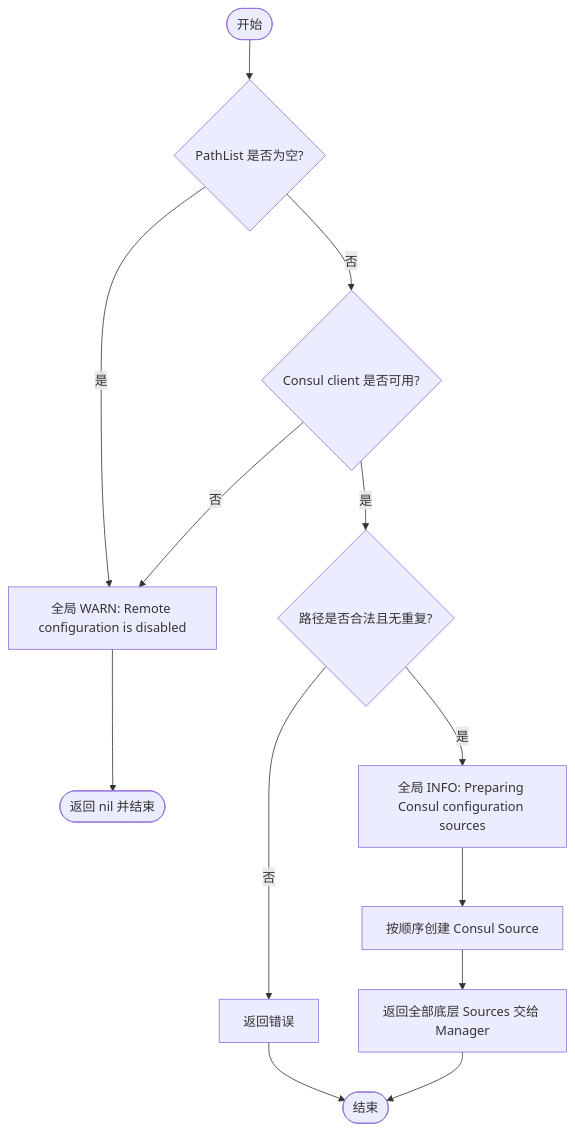
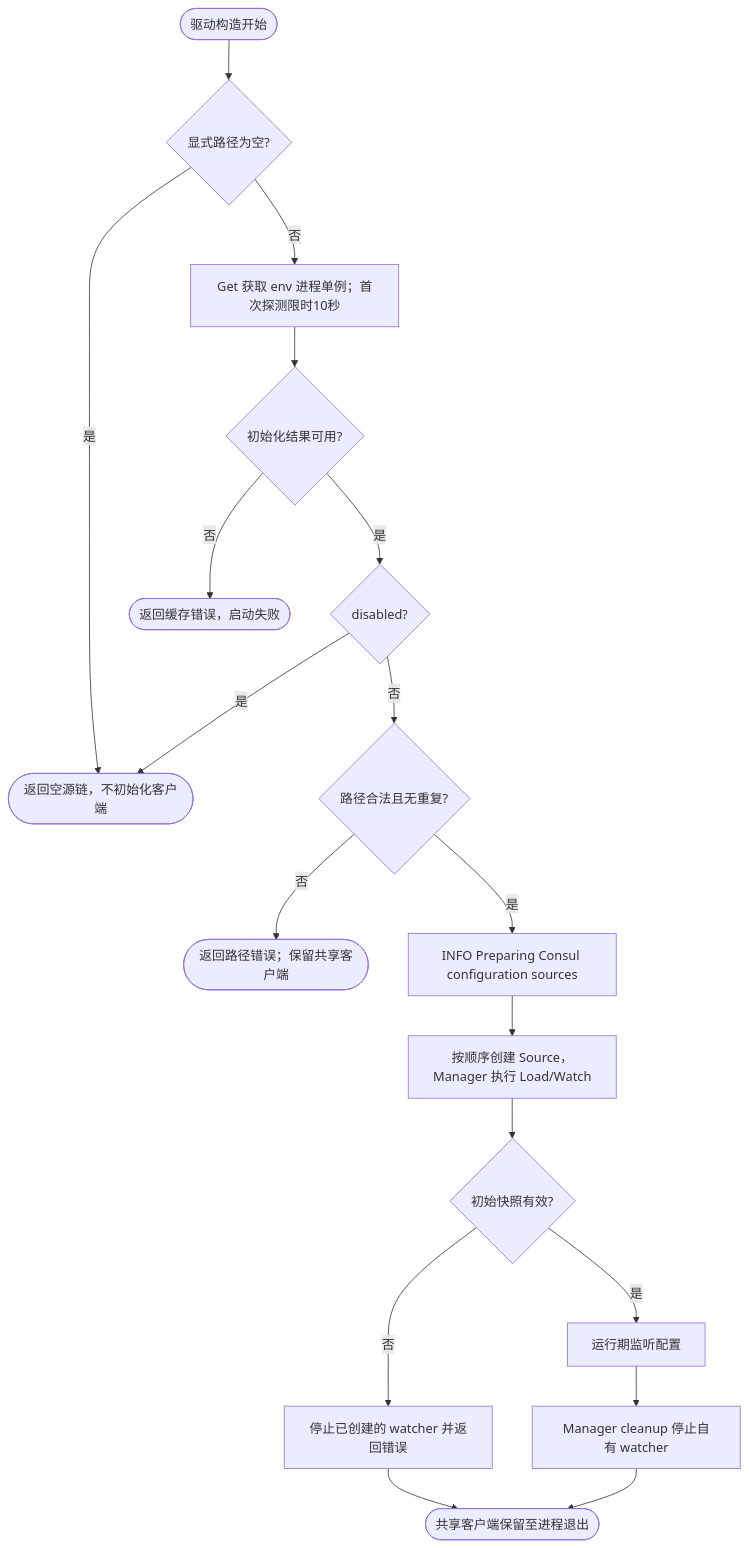
The first of 2 diagrams in contrib/config/consul/README.md (jaggerzhuang1994/kratos-foundation), drawn with Mermaid before and after one commit. The commit also changed other lines of this file and 290 other files, not shown here.

````diff
--- a/contrib/config/consul/README.md
+++ b/contrib/config/consul/README.md
@@ -32,15 +24,20 @@
 ```mermaid
 flowchart TD
-    A([开始]) --> B{PathList 是否为空?}
-    B -- 是 --> C[全局 WARN: Remote configuration is disabled]
-    B -- 否 --> D{Consul client 是否可用?}
-    D -- 否 --> C
-    D -- 是 --> E{路径是否合法且无重复?}
-    E -- 否 --> F[返回错误]
-    E -- 是 --> R[全局 INFO: Preparing Consul configuration sources]
-    R --> G[按顺序创建 Consul Source]
-    G --> I[返回全部底层 Sources 交给 Manager]
-    C --> K([返回 nil 并结束])
-    F --> L([结束])
-    I --> L
+ A([驱动构造开始]) --> B{显式路径为空?}
+ B -- 是 --> C([返回空源链，不初始化客户端])
+ B -- 否 --> D[Get 获取 env 进程单例；首次探测限时10秒]
+ D --> E{初始化结果可用?}
+ E -- 否 --> F([返回缓存错误，启动失败])
+ E -- 是 --> Z{disabled?}
+ Z -- 是 --> C
+ Z -- 否 --> G{路径合法且无重复?}
+ G -- 否 --> H([返回路径错误；保留共享客户端])
+ G -- 是 --> I[INFO Preparing Consul configuration sources]
+ I --> J[按顺序创建 Source，Manager 执行 Load/Watch]
+ J --> K{初始快照有效?}
+ K -- 否 --> L[停止已创建的 watcher 并返回错误]
+ K -- 是 --> M[运行期监听配置]
+ M --> N[Manager cleanup 停止自有 watcher]
+ N --> O([共享客户端保留至进程退出])
+ L --> O
 ```
````
